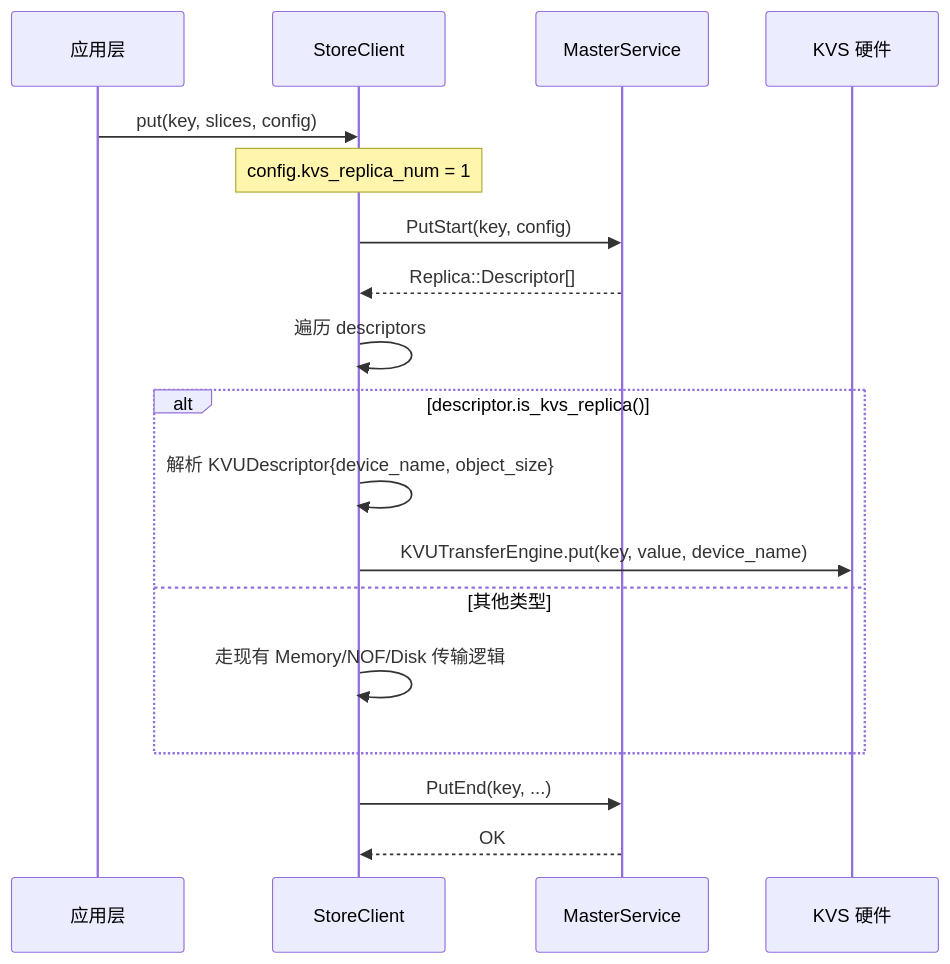
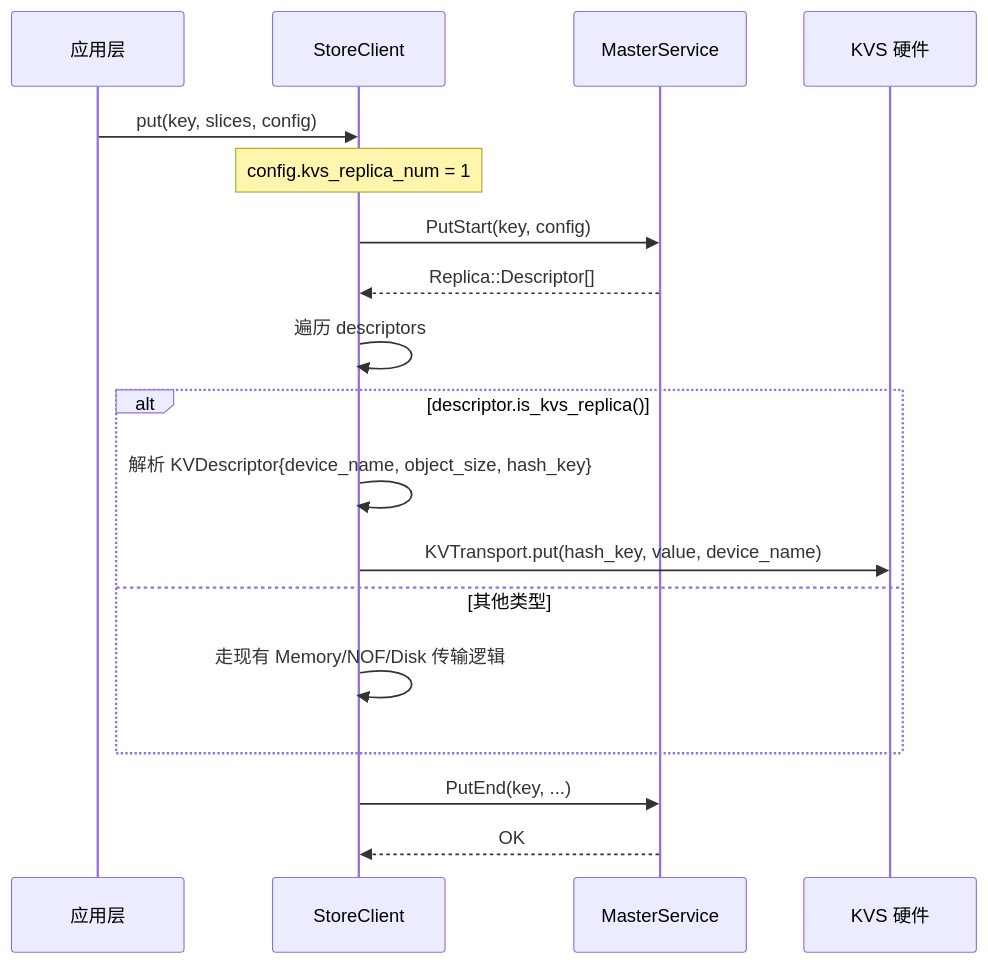
One commit to yz53665/Mooncake changed the sixth of 10 diagrams in mooncake-store/docs/KVUSegment_design.md. Above: the diagram before and after it, drawn with Mermaid. The commit also changed other lines of this file, not shown here.

````diff
--- a/mooncake-store/docs/KVUSegment_design.md
+++ b/mooncake-store/docs/KVUSegment_design.md
@@ -307,24 +316,24 @@
 ```mermaid
 sequenceDiagram
     participant App as 应用层
     participant Client as StoreClient
     participant MS as MasterService
     participant KVS as KVS 硬件
 
     App->>Client: put(key, slices, config)
     Note over Client: config.kvs_replica_num = 1
 
     Client->>MS: PutStart(key, config)
     MS-->>Client: Replica::Descriptor[]
 
     Client->>Client: 遍历 descriptors
     alt descriptor.is_kvs_replica()
-        Client->>Client: 解析 KVUDescriptor{device_name, object_size}
-        Client->>KVS: KVUTransferEngine.put(key, value, device_name)
+        Client->>Client: 解析 KVDescriptor{device_name, object_size, hash_key}
+        Client->>KVS: KVTransport.put(hash_key, value, device_name)
     else 其他类型
         Client->>Client: 走现有 Memory/NOF/Disk 传输逻辑
     end
 
     Client->>MS: PutEnd(key, ...)
     MS-->>Client: OK
 ```
````
